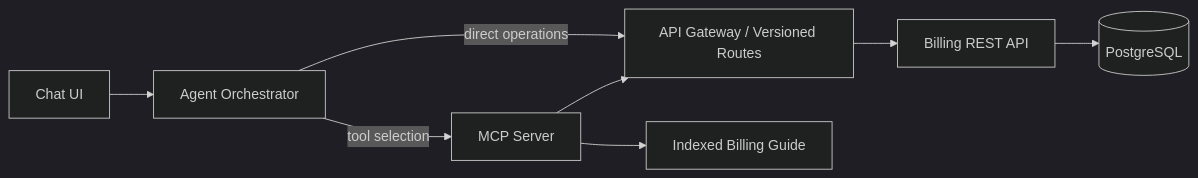
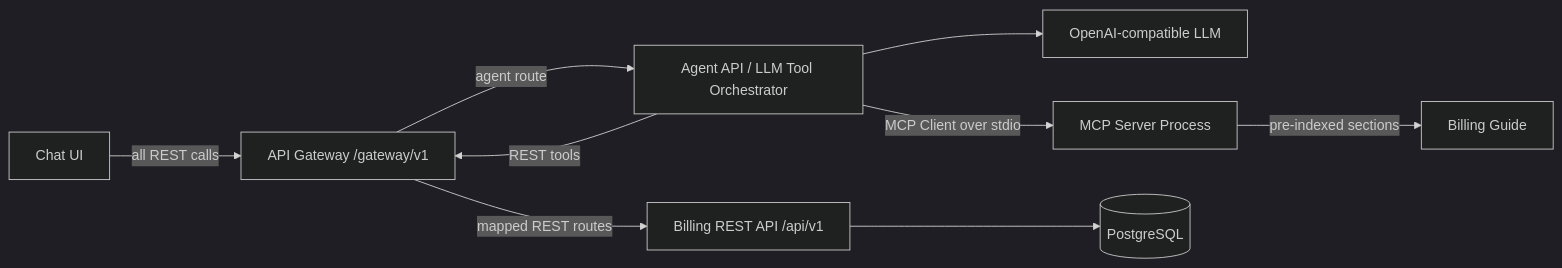
Before and after one commit to kutay4516/se4458-ai-billing-assistant: the first of 2 diagrams in docs/architecture.md, drawn with Mermaid (dark theme). The commit also changed other lines of this file and 16 other files, not shown here.

Commit message:
Fix Swagger spec and complete billing gateway flow

````diff
--- a/docs/architecture.md
+++ b/docs/architecture.md
@@ -3,10 +3,11 @@
 ```mermaid
 flowchart LR
-  UI[Chat UI] --> Agent[Agent Orchestrator]
-  Agent -->|tool selection| MCP[MCP Server]
-  Agent -->|direct operations| Gateway[API Gateway / Versioned Routes]
-  MCP --> Gateway
-  Gateway --> REST[Billing REST API]
+  UI[Chat UI] -->|all REST calls| Gateway[API Gateway /gateway/v1]
+  Gateway -->|agent route| Agent[Agent API / LLM Tool Orchestrator]
+  Agent --> LLM[OpenAI-compatible LLM]
+  Agent -->|REST tools| Gateway
+  Agent -->|MCP Client over stdio| MCP[MCP Server Process]
+  Gateway -->|mapped REST routes| REST[Billing REST API /api/v1]
   REST --> DB[(PostgreSQL)]
-  MCP --> Policy[Indexed Billing Guide]
+  MCP -->|pre-indexed sections| Policy[Billing Guide]
 ```
````
